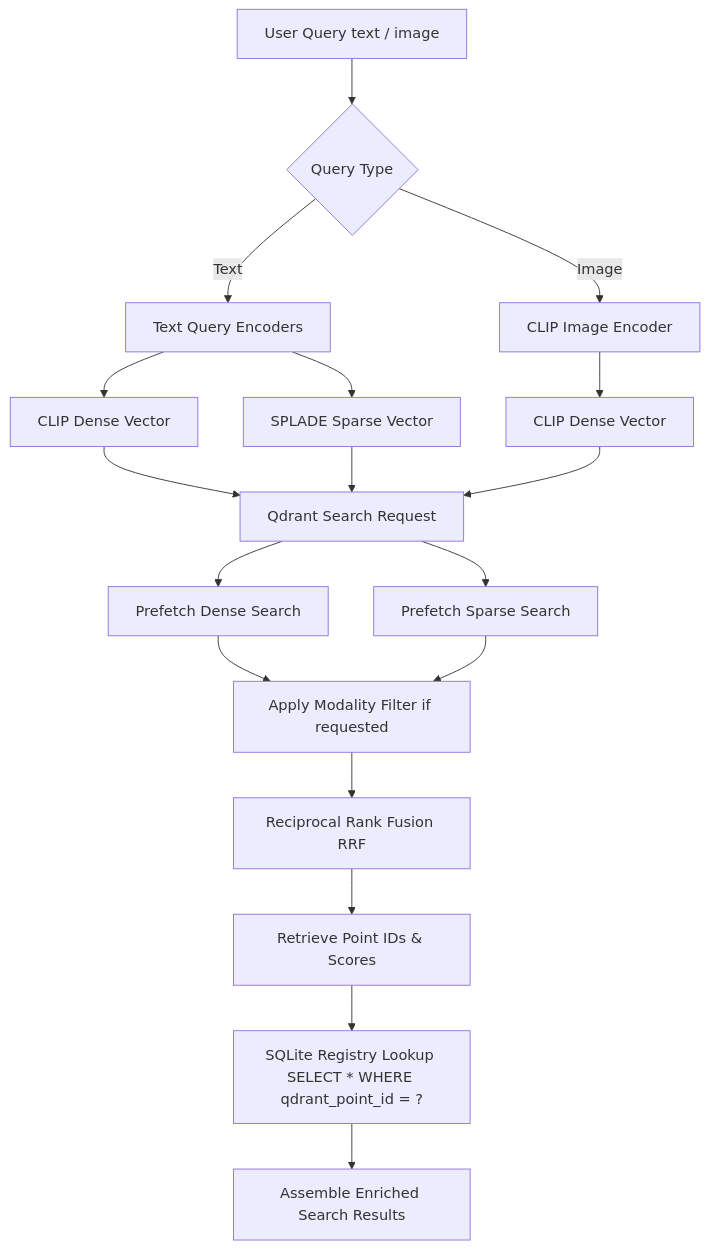
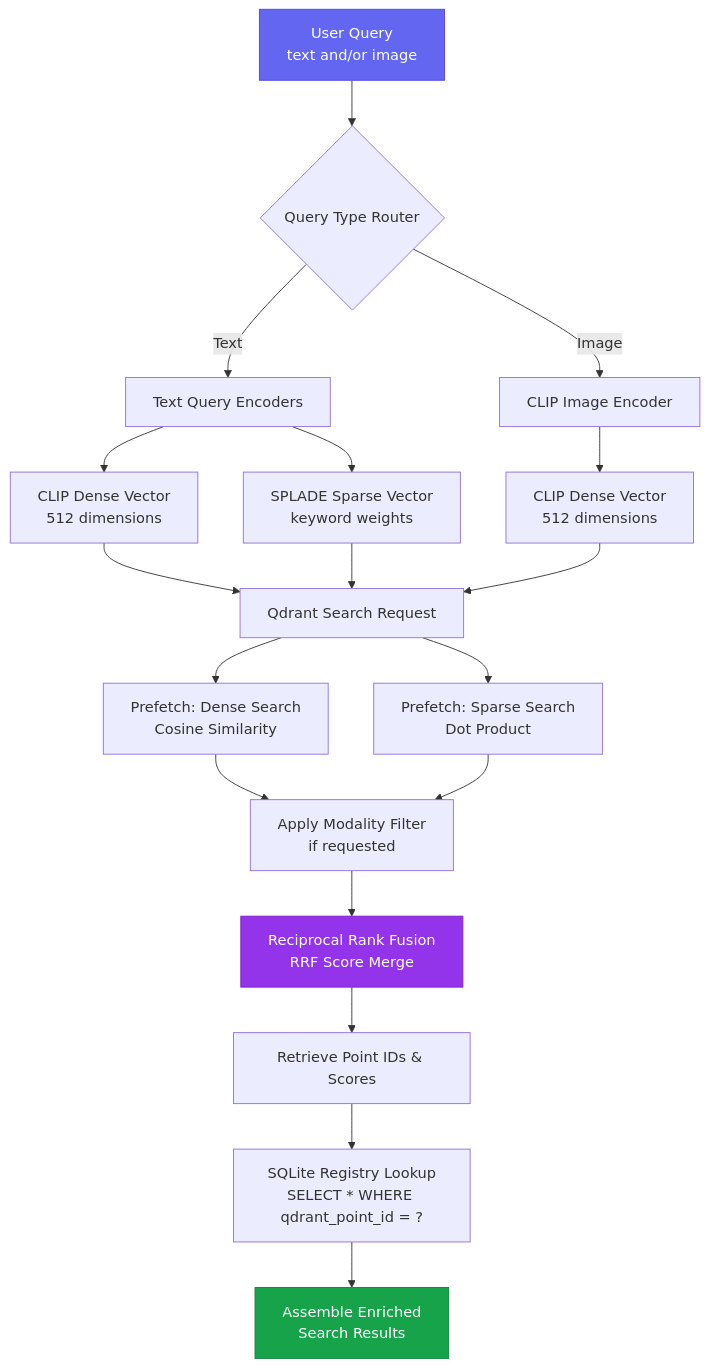
The second of 5 diagrams in workflow/pipeline_flow.md (the-write-path-code/ch06-multimodal-perception), drawn with Mermaid before and after one commit. The commit also changed other lines of this file and 8 other files, not shown here.

````diff
--- a/workflow/pipeline_flow.md
+++ b/workflow/pipeline_flow.md
@@ -61,34 +82,39 @@
 ```mermaid
 graph TD
     %% Query Inputs
-    UserQuery[User Query text / image] --> QueryDispatcher{Query Type}
+    UserQuery["User Query<br/>text and/or image"] --> QueryDispatcher{"Query Type Router"}
     
     %% Text route
-    QueryDispatcher -->|Text| TextEncoder[Text Query Encoders]
-    TextEncoder --> DenseText[CLIP Dense Vector]
-    TextEncoder --> SparseText[SPLADE Sparse Vector]
+    QueryDispatcher -->|Text| TextEncoder["Text Query Encoders"]
+    TextEncoder --> DenseText["CLIP Dense Vector<br/>512 dimensions"]
+    TextEncoder --> SparseText["SPLADE Sparse Vector<br/>keyword weights"]
     
     %% Image route
-    QueryDispatcher -->|Image| ImageEncoder[CLIP Image Encoder]
-    ImageEncoder --> DenseImage[CLIP Dense Vector]
+    QueryDispatcher -->|Image| ImageEncoder["CLIP Image Encoder"]
+    ImageEncoder --> DenseImage["CLIP Dense Vector<br/>512 dimensions"]
     
     %% Qdrant Query
-    DenseText & SparseText & DenseImage --> QdrantSearch[Qdrant Search Request]
+    DenseText & SparseText & DenseImage --> QdrantSearch["Qdrant Search Request"]
     
     %% Fusion and Filtering
-    QdrantSearch --> PrefetchDense[Prefetch Dense Search]
-    QdrantSearch --> PrefetchSparse[Prefetch Sparse Search]
+    QdrantSearch --> PrefetchDense["Prefetch: Dense Search<br/>Cosine Similarity"]
+    QdrantSearch --> PrefetchSparse["Prefetch: Sparse Search<br/>Dot Product"]
     
     %% Modality filtering
-    PrefetchDense & PrefetchSparse --> FilterModality[Apply Modality Filter if requested]
+    PrefetchDense & PrefetchSparse --> FilterModality["Apply Modality Filter<br/>if requested"]
     
     %% Fusion
-    FilterModality --> RRFFusion[Reciprocal Rank Fusion RRF]
+    FilterModality --> RRFFusion["Reciprocal Rank Fusion<br/>RRF Score Merge"]
     
     %% Registry join
-    RRFFusion --> MatchPoints[Retrieve Point IDs & Scores]
-    MatchPoints --> RegistryLookup[SQLite Registry Lookup SELECT * WHERE qdrant_point_id = ?]
+    RRFFusion --> MatchPoints["Retrieve Point IDs & Scores"]
+    MatchPoints --> RegistryLookup["SQLite Registry Lookup<br/>SELECT * WHERE qdrant_point_id = ?"]
     
     %% Enriched results
-    RegistryLookup --> JoinOutput[Assemble Enriched Search Results]
+    RegistryLookup --> JoinOutput["Assemble Enriched<br/>Search Results"]
+
+    %% Styling
+    style UserQuery fill:#6366f1,color:#fff,stroke:#4f46e5
+    style RRFFusion fill:#9333ea,color:#fff,stroke:#7e22ce
+    style JoinOutput fill:#16a34a,color:#fff,stroke:#15803d
 ```
````
